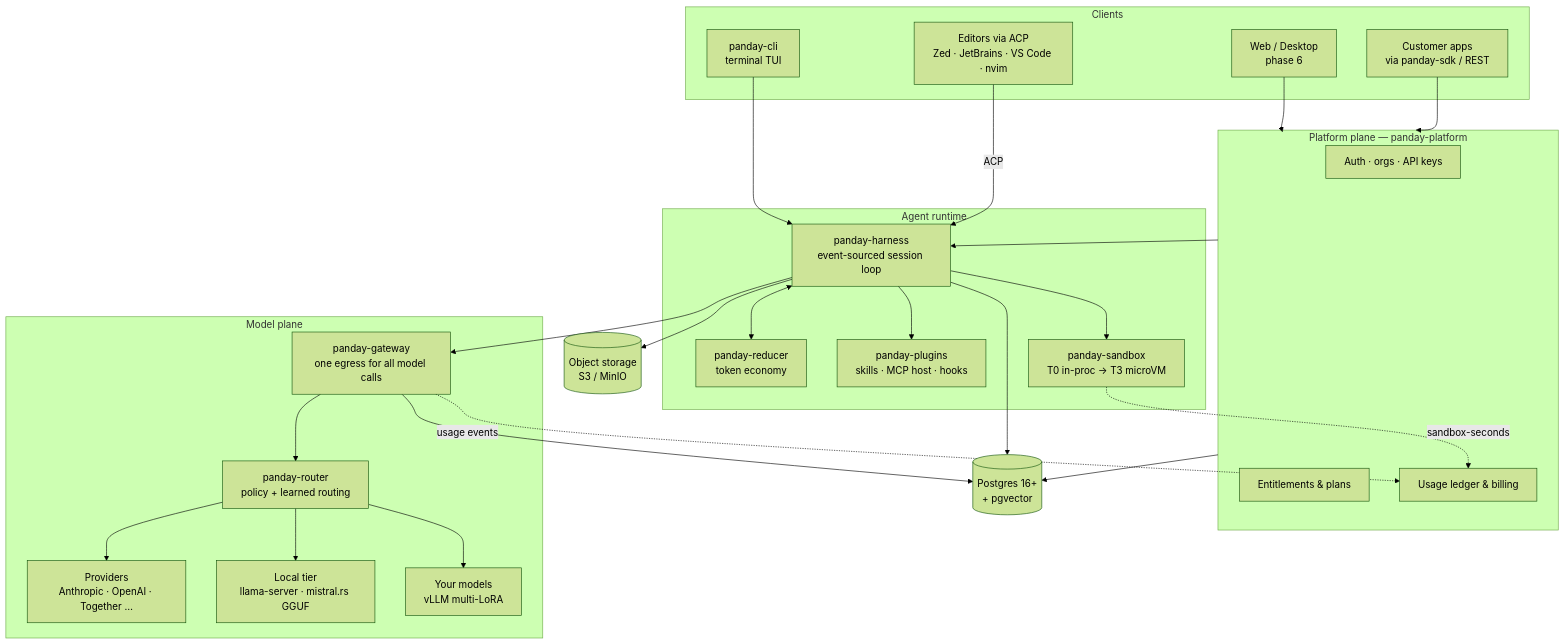
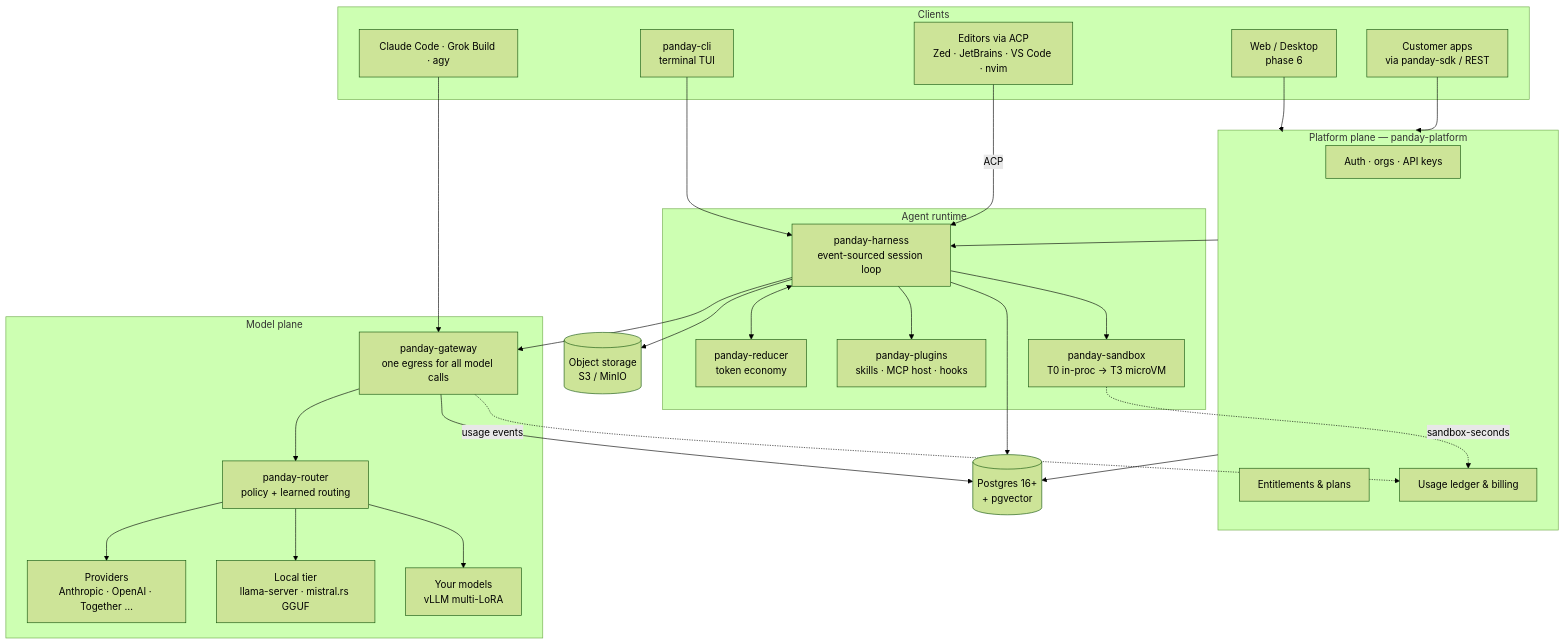
Before and after one commit to codeitlikemiley/panday: the diagram in docs/01-architecture.md, drawn with Mermaid (forest theme). The commit also changed other lines of this file and 9 other files, not shown here.

First line of the commit message:
docs: how to point Claude Code and agy at the gateway

````diff
--- a/docs/01-architecture.md
+++ b/docs/01-architecture.md
@@ -8,53 +8,55 @@
 ```mermaid
 flowchart TB
     subgraph clients[Clients]
         CLI[panday-cli<br/>terminal TUI]
         IDE[Editors via ACP<br/>Zed · JetBrains · VS Code · nvim]
         WEB[Web / Desktop<br/>phase 6]
         SDKC[Customer apps<br/>via panday-sdk / REST]
+        AGENTS[Claude Code · Grok Build · agy]
     end
 
     subgraph plane[Platform plane — panday-platform]
         AUTH[Auth · orgs · API keys]
         ENT[Entitlements & plans]
         METER[Usage ledger & billing]
     end
 
     subgraph runtime[Agent runtime]
         HARN[panday-harness<br/>event-sourced session loop]
         RED[panday-reducer<br/>token economy]
         PLUG[panday-plugins<br/>skills · MCP host · hooks]
         SBX[panday-sandbox<br/>T0 in-proc → T3 microVM]
     end
 
     subgraph modelplane[Model plane]
         GW[panday-gateway<br/>one egress for all model calls]
         RTR[panday-router<br/>policy + learned routing]
         PROV[Providers<br/>Anthropic · OpenAI · Together …]
         LOCAL[Local tier<br/>llama-server · mistral.rs GGUF]
         TUNED[Your models<br/>vLLM multi-LoRA]
     end
 
     DATA[(Postgres 16+<br/>+ pgvector)]
     OBJ[(Object storage<br/>S3 / MinIO)]
 
     CLI --> HARN
     IDE -->|ACP| HARN
     WEB --> plane
     SDKC --> plane
+    AGENTS --> GW
     plane --> HARN
     HARN --> PLUG
     HARN --> SBX
     HARN <--> RED
     HARN --> GW
     GW --> RTR
     RTR --> PROV
     RTR --> LOCAL
     RTR --> TUNED
     HARN --> DATA
     GW --> DATA
     plane --> DATA
     HARN --> OBJ
     GW -.usage events.-> METER
     SBX -.sandbox-seconds.-> METER
 ```
````
